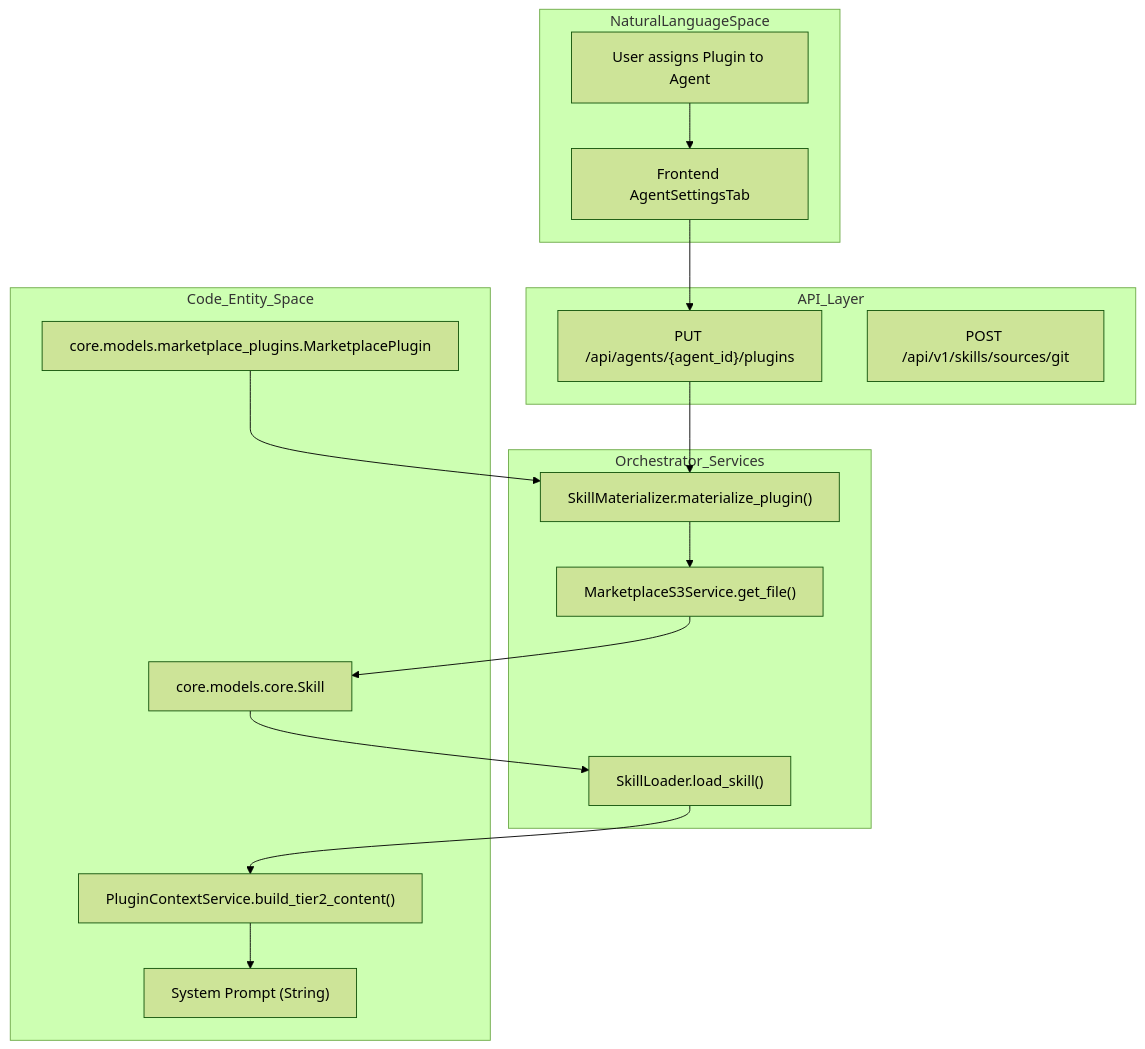
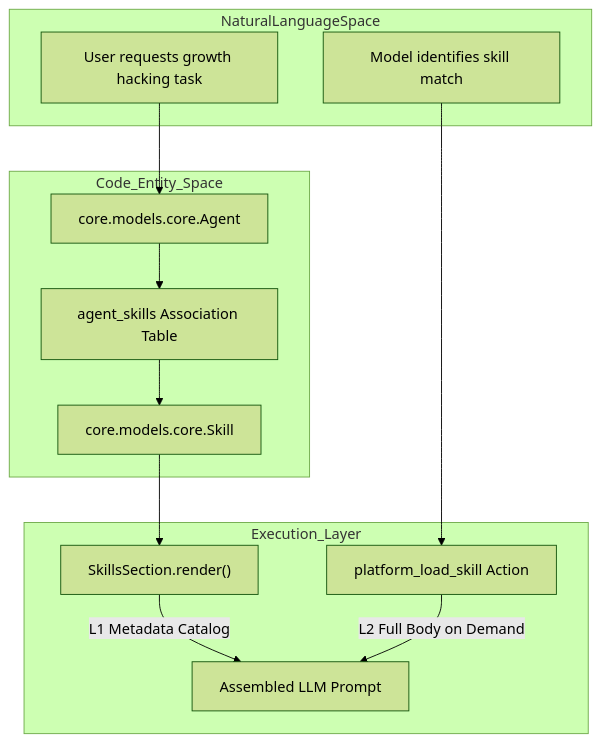
One commit to AutomatosAI/automatos-ai changed the second of 2 diagrams in docs/agents/agent-plugins-skills.md. Above: the diagram before and after it, drawn with Mermaid (forest theme). The commit also changed other lines of this file and 191 other files, not shown here.

````diff
--- a/docs/agents/agent-plugins-skills.md
+++ b/docs/agents/agent-plugins-skills.md
@@ -87,35 +120,27 @@
 ```mermaid
 graph TD
     subgraph "NaturalLanguageSpace"
-        UserIntent["User assigns Plugin to Agent"]
-        UI_Action["Frontend AgentSettingsTab"]
-    end
-
-    subgraph "API_Layer"
-        API_Plugins["PUT /api/agents/{agent_id}/plugins"]
-        API_Skills["POST /api/v1/skills/sources/git"]
-    end
-
-    subgraph "Orchestrator_Services"
-        SM_Service["SkillMaterializer.materialize_plugin()"]
-        S_Loader["SkillLoader.load_skill()"]
-        S3_Srv["MarketplaceS3Service.get_file()"]
+        Intent["User requests growth hacking task"]
+        SkillQuery["Model identifies skill match"]
     end
 
     subgraph "Code_Entity_Space"
-        DB_Skill["core.models.core.Skill"]
-        DB_Plugin["core.models.marketplace_plugins.MarketplacePlugin"]
-        Context["PluginContextService.build_tier2_content()"]
-        Prompt["System Prompt (String)"]
+        Agent["core.models.core.Agent"]
+        Skill["core.models.core.Skill"]
+        Assoc["agent_skills Association Table"]
     end
 
-    UserIntent --> UI_Action
-    UI_Action --> API_Plugins
-    API_Plugins --> SM_Service
-    SM_Service --> S3_Srv
-    S3_Srv --> DB_Skill
-    DB_Skill --> S_Loader
-    S_Loader --> Context
-    Context --> Prompt
-    DB_Plugin --> SM_Service
+    subgraph "Execution_Layer"
+        Sec["SkillsSection.render()"]
+        Tool["platform_load_skill Action"]
+        Prompt["Assembled LLM Prompt"]
+    end
+
+    Intent --> Agent
+    Agent --> Assoc
+    Assoc --> Skill
+    Skill --> Sec
+    Sec -- "L1 Metadata Catalog" --> Prompt
+    SkillQuery --> Tool
+    Tool -- "L2 Full Body on Demand" --> Prompt
 ```
````
